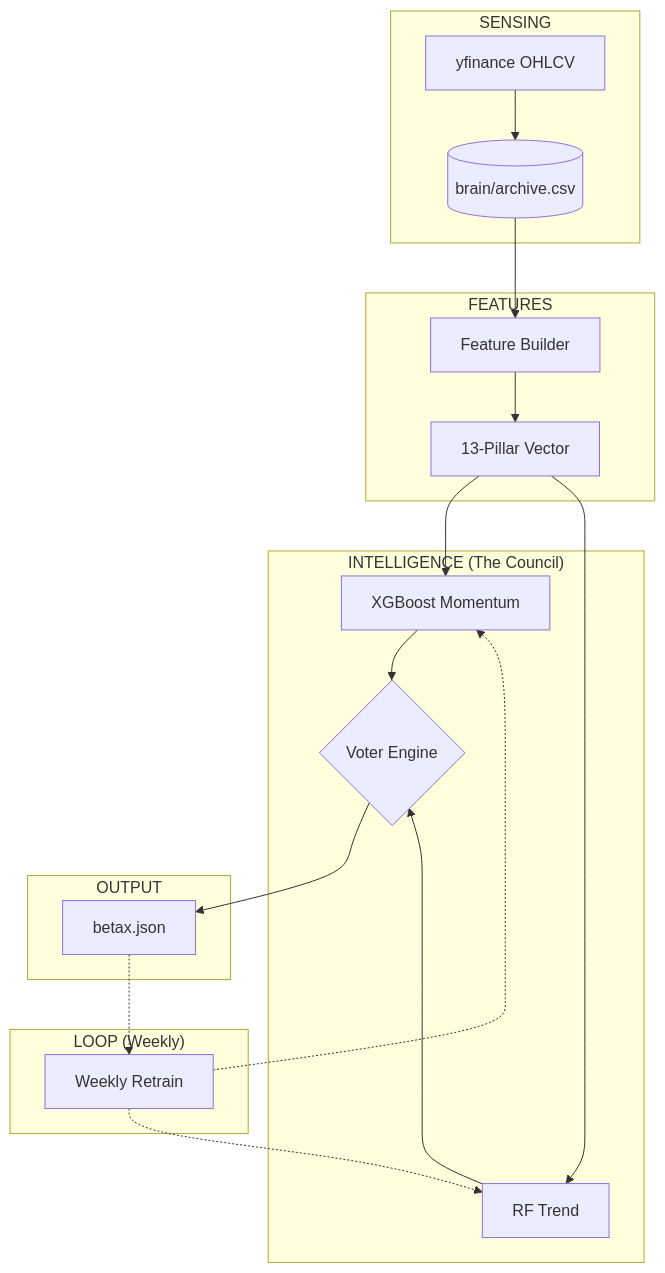
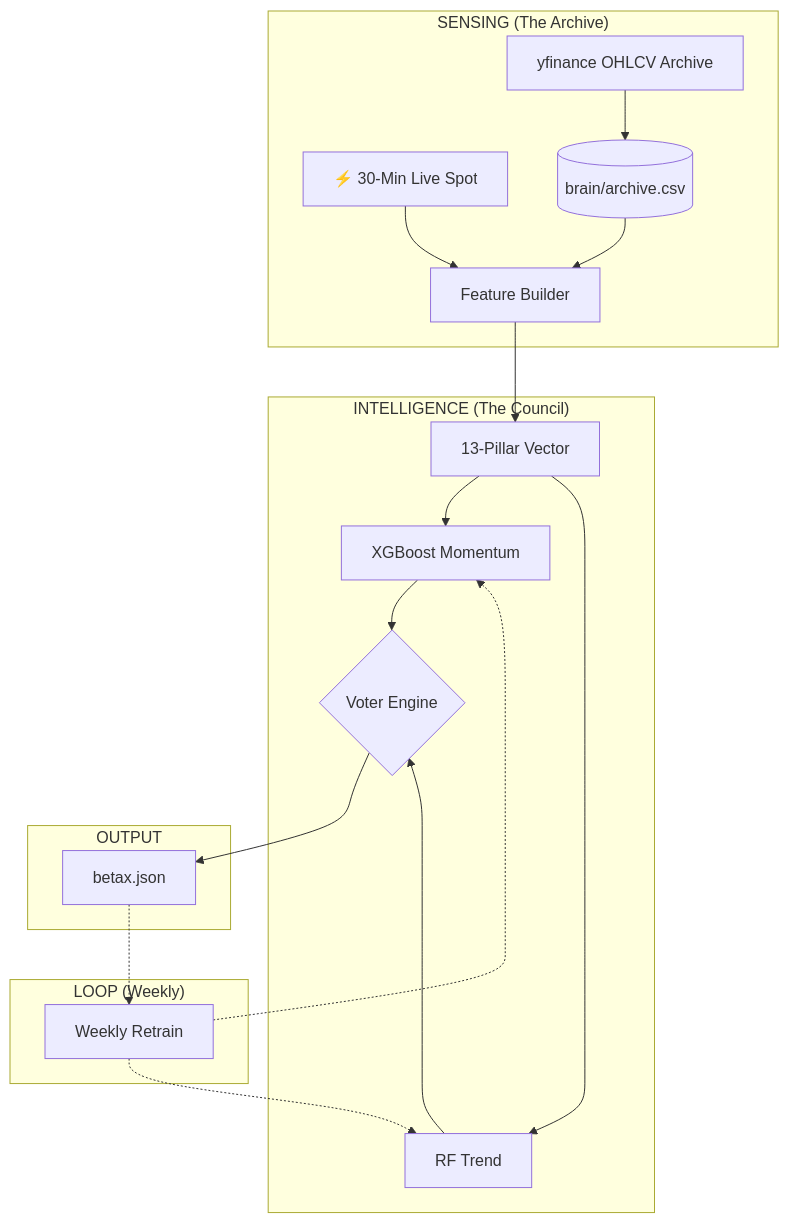
Before and after one commit to pravindev666/Tradyx-Aleph: the first of 4 diagrams in README.md, drawn with Mermaid. The commit also changed other lines of this file, not shown here.

````diff
--- a/README.md
+++ b/README.md
@@ -14,26 +14,24 @@
 ```mermaid
 graph TD
-    subgraph "SENSING"
-        B_YF[yfinance OHLCV] --> B_DB[(brain/archive.csv)]
-    end
-
-    subgraph "FEATURES"
+    subgraph "SENSING (The Archive)"
+        B_LIVE[⚡ 30-Min Live Spot] --> B_ENG
+        B_YF[yfinance OHLCV Archive] --> B_DB[(brain/archive.csv)]
         B_DB --> B_ENG[Feature Builder]
-        B_ENG --> B_13[13-Pillar Vector]
     end
 
     subgraph "INTELLIGENCE (The Council)"
+        B_ENG --> B_13[13-Pillar Vector]
         B_13 --> B_XGB[XGBoost Momentum]
         B_13 --> B_RF[RF Trend]
         B_XGB & B_RF --> B_VOTE{Voter Engine}
     end
 
     subgraph "OUTPUT"
         B_VOTE --> B_JSON[betax.json]
     end
 
     subgraph "LOOP (Weekly)"
         B_JSON -.-> B_REFRESH[Weekly Retrain]
         B_REFRESH -.-> B_XGB & B_RF
     end
 ```
````
